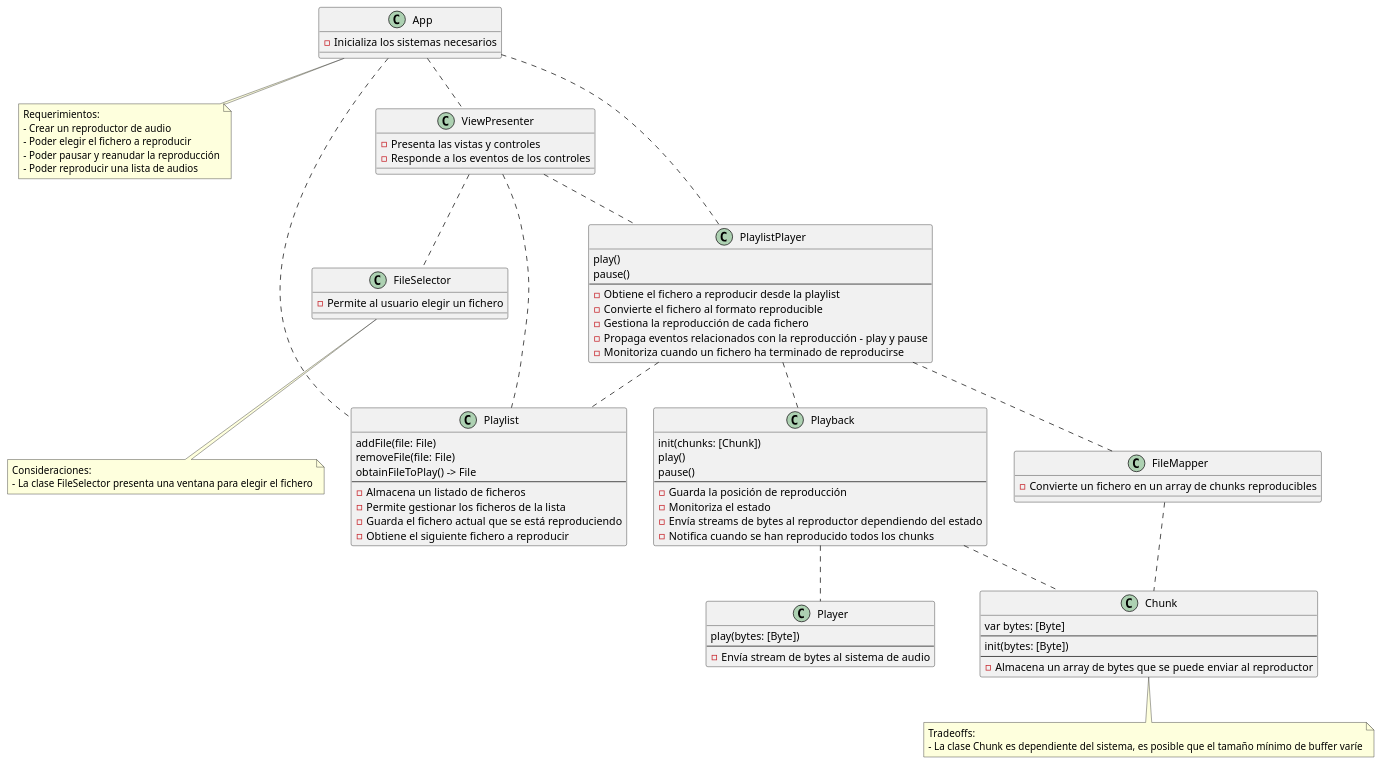
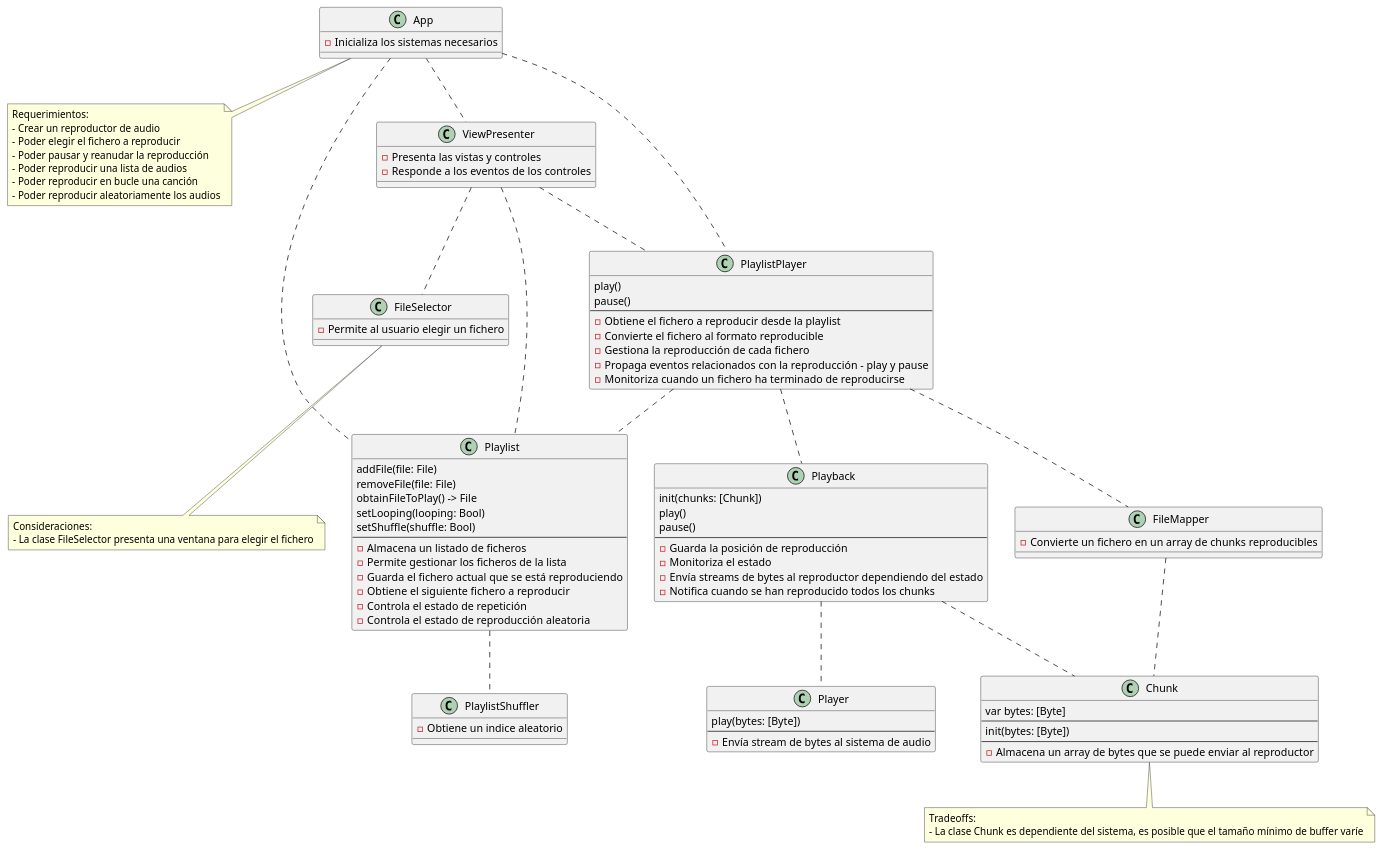
Before and after one commit to EverisMobileTeam/meetupDise-oReproductorDeAudio: the diagram in Clases.plantuml, drawn with PlantUML. The commit also changed 1 other file, not shown here.

Commit message:
Controlar reproducción aleatoria y repetición

```diff
--- a/Clases.plantuml
+++ b/Clases.plantuml
@@ -1,102 +1,113 @@
 @startuml
 
 note as Requerimientos
     Requerimientos: 
     - Crear un reproductor de audio
     - Poder elegir el fichero a reproducir
     - Poder pausar y reanudar la reproducción
     - Poder reproducir una lista de audios
+    - Poder reproducir en bucle una canción
+    - Poder reproducir aleatoriamente los audios
 end note 
 
 note as Consideraciones
     Consideraciones:
     - La clase FileSelector presenta una ventana para elegir el fichero
 end note
 
 note as Tradeoffs
     Tradeoffs:
     - La clase Chunk es dependiente del sistema, es posible que el tamaño mínimo de buffer varíe
 end note
 
 class Player {
     play(bytes: [Byte])
     --
     - Envía stream de bytes al sistema de audio
 }
 
 class Playback {
     init(chunks: [Chunk])
     play()
     pause()
     --
     - Guarda la posición de reproducción
     - Monitoriza el estado
     - Envía streams de bytes al reproductor dependiendo del estado
     - Notifica cuando se han reproducido todos los chunks
 }
 
 class FileSelector {
     - Permite al usuario elegir un fichero
 }
 
 class FileMapper {
     - Convierte un fichero en un array de chunks reproducibles
 }
 
 class App {
     - Inicializa los sistemas necesarios
 }
 
 class Chunk {
     var bytes: [Byte]
     --
     init(bytes: [Byte])
     --
     - Almacena un array de bytes que se puede enviar al reproductor
 }
 
 class ViewPresenter {
     - Presenta las vistas y controles
     - Responde a los eventos de los controles
 }
 
 class Playlist {
     addFile(file: File)
     removeFile(file: File)
     obtainFileToPlay() -> File
+    setLooping(looping: Bool)
+    setShuffle(shuffle: Bool)
     --
     - Almacena un listado de ficheros
     - Permite gestionar los ficheros de la lista
     - Guarda el fichero actual que se está reproduciendo
     - Obtiene el siguiente fichero a reproducir
+    - Controla el estado de repetición
+    - Controla el estado de reproducción aleatoria
 }
 
 class PlaylistPlayer {
     play()
     pause()
     --
     - Obtiene el fichero a reproducir desde la playlist
     - Convierte el fichero al formato reproducible
     - Gestiona la reproducción de cada fichero
     - Propaga eventos relacionados con la reproducción - play y pause
     - Monitoriza cuando un fichero ha terminado de reproducirse
+}
+
+class PlaylistShuffler {
+    - Obtiene un indice aleatorio
 }
 
 App .. ViewPresenter
 App .. Playlist
 App .. PlaylistPlayer
 Playback .. Player
 Playback .. Chunk
 FileMapper .. Chunk
 ViewPresenter .. Playlist
 ViewPresenter .. FileSelector
 ViewPresenter .. PlaylistPlayer
 PlaylistPlayer .. Playlist
 PlaylistPlayer .. FileMapper
 PlaylistPlayer .. Playback
+Playlist .. PlaylistShuffler
 
 App .. Requerimientos
 FileSelector .. Consideraciones
 Chunk .. Tradeoffs
 
 @enduml
```
